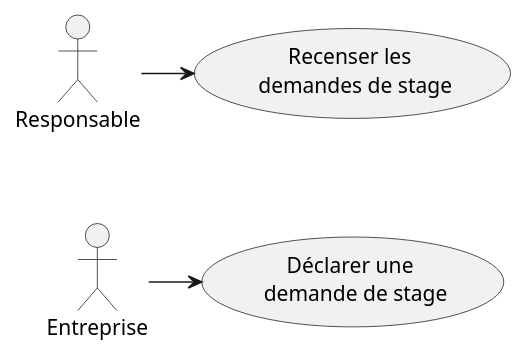
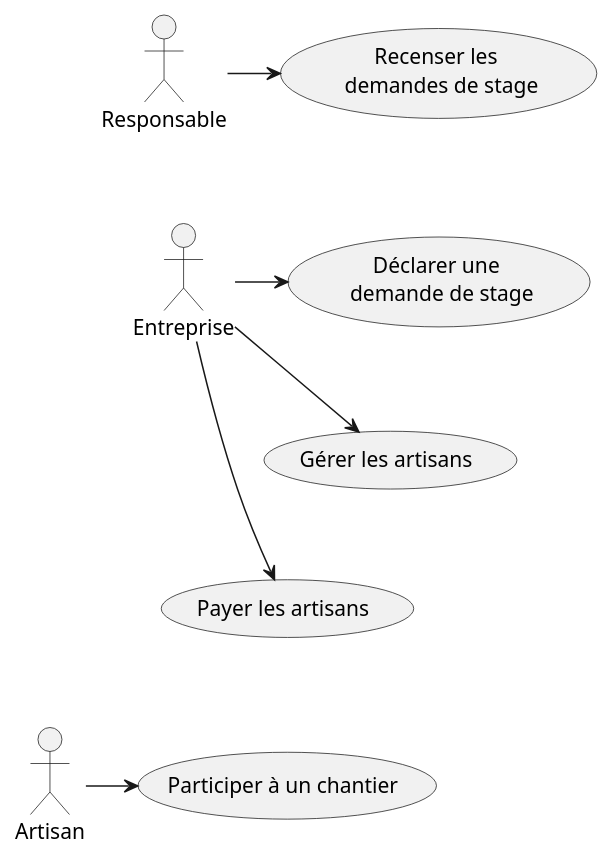
One commit to IUT-Blagnac/r2-01-conception-td5-SOLUPRED3 changed the diagram in .github/issue1.md. Above: the diagram before and after it, drawn with PlantUML. The commit also changed 1 other file, not shown here.

Commit message:
Commit du 08/03 à 17h06

````diff
--- a/.github/issue1.md
+++ b/.github/issue1.md
@@ -5,17 +5,27 @@
 ```plantuml
 @startuml
 
 usecase r as "Recenser les \n demandes de stage"
 usecase d as "Déclarer une \n demande de stage"
+usecase p as "Participer à un chantier"
+usecase g as "Gérer les artisans"
+usecase pa as "Payer les artisans"
 
 actor Responsable
 actor Entreprise 
+actor Artisan
 
-'Pour aligner les 2 acteurs :
+'Pour aligner les 3 acteurs :
 r -[hidden]-> d
+d -[hidden]-> g
+g -[hidden]-> pa
+pa -[hidden]-> p
 
 Responsable -> r
 Entreprise -> d
+Artisan -> p
+Entreprise -> g
+Entreprise -> pa
 
 @enduml
 ```
````
